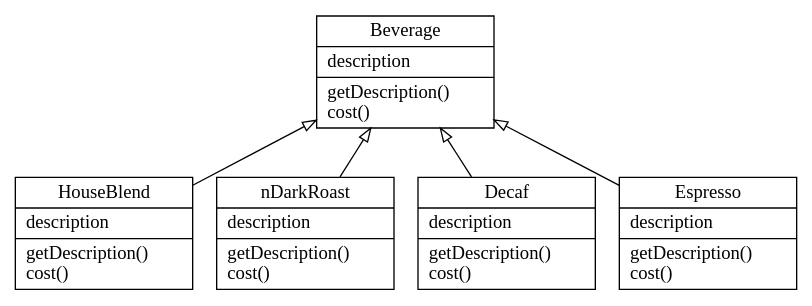
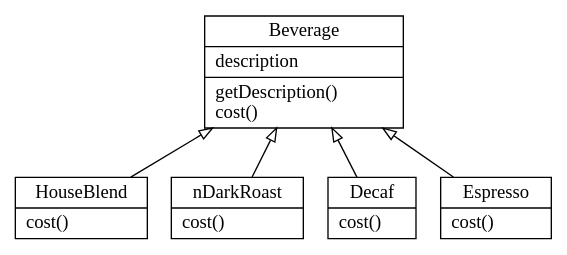
One commit to harrifeng/dot_summary changed the diagram in dp_beverage.dot. Above: the diagram before and after it, drawn with Graphviz.

Commit message:
correct the dp beverage

```diff
--- a/dp_beverage.dot
+++ b/dp_beverage.dot
@@ -1,19 +1,20 @@
 digraph s {
     splines=line;
     rankdir=BT;
     
     edge[arrowhead=empty]
-    node[shape="record"];
+    node[shape="record",fontname="Consolas,Monaca"];
+    node_beverage[label="{Beverage|description\l|getDescription()\lcost()\l}"];
+    
 
-    node_houseBlend[label="{<d0>HouseBlend|description\l|getDescription()\lcost()\l}"];
-    node_darkRoast[label="{<d0>nDarkRoast|description\l|getDescription()\lcost()\l}"];
-    node_decaf[label="{<d0>Decaf|description\l|getDescription()\lcost()\l}"];
-    node_espresso[label="{<d0>Espresso|description\l|getDescription()\lcost()\l}"];
+    node_houseBlend[label="{<d0>HouseBlend|cost()\l}"];
+    node_darkRoast[label="{<d0>nDarkRoast|cost()\l}"];
+    node_decaf[label="{<d0>Decaf|cost()\l}"];
+    node_espresso[label="{<d0>Espresso|cost()\l}"];
 
-    node_beverage[label="{Beverage|description\l|getDescription()\lcost()\l}"];
     
     node_houseBlend  -> node_beverage
     node_darkRoast  ->  node_beverage  
     node_decaf       -> node_beverage  
     node_espresso   ->  node_beverage  
 }
```
